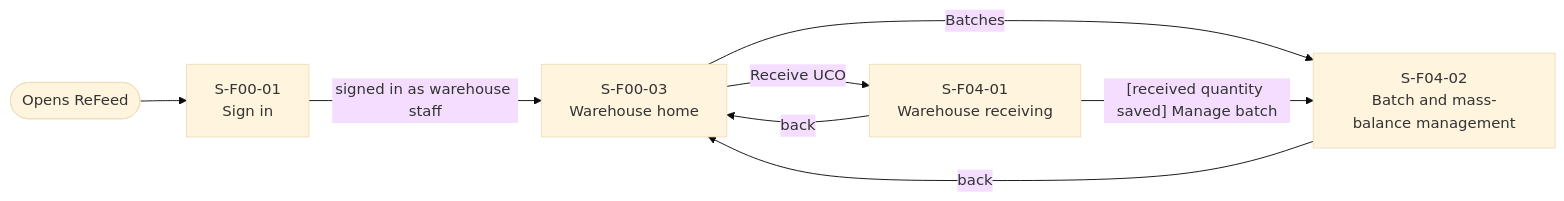
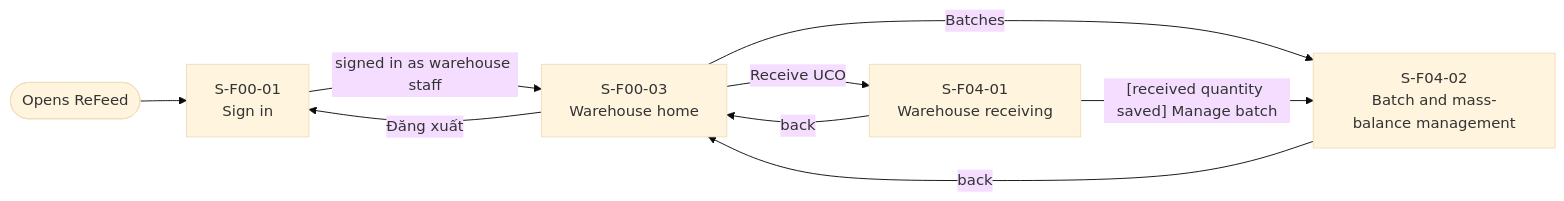
The third of 4 diagrams in docs/external-design/screen-transition.md (thuyvicbh-alt/DBIZ2---GROUP-D), drawn with Mermaid (base theme) before and after one commit. The commit also changed other lines of this file, not shown here.

````diff
--- a/docs/external-design/screen-transition.md
+++ b/docs/external-design/screen-transition.md
@@ -87,15 +89,16 @@
 ```mermaid
 flowchart LR
   entry(["Opens ReFeed"])
   S00_01["S-F00-01<br>Sign in"]
   S00_03["S-F00-03<br>Warehouse home"]
   S04_01["S-F04-01<br>Warehouse receiving"]
   S04_02["S-F04-02<br>Batch and mass-balance management"]
   entry --> S00_01
   S00_01 -->|"signed in as warehouse staff"| S00_03
   S00_03 -->|"Receive UCO"| S04_01
   S00_03 -->|"Batches"| S04_02
+  S00_03 -->|"Đăng xuất"| S00_01
   S04_01 -->|"[received quantity saved] Manage batch"| S04_02
   S04_01 -->|"back"| S00_03
   S04_02 -->|"back"| S00_03
 ```
````
